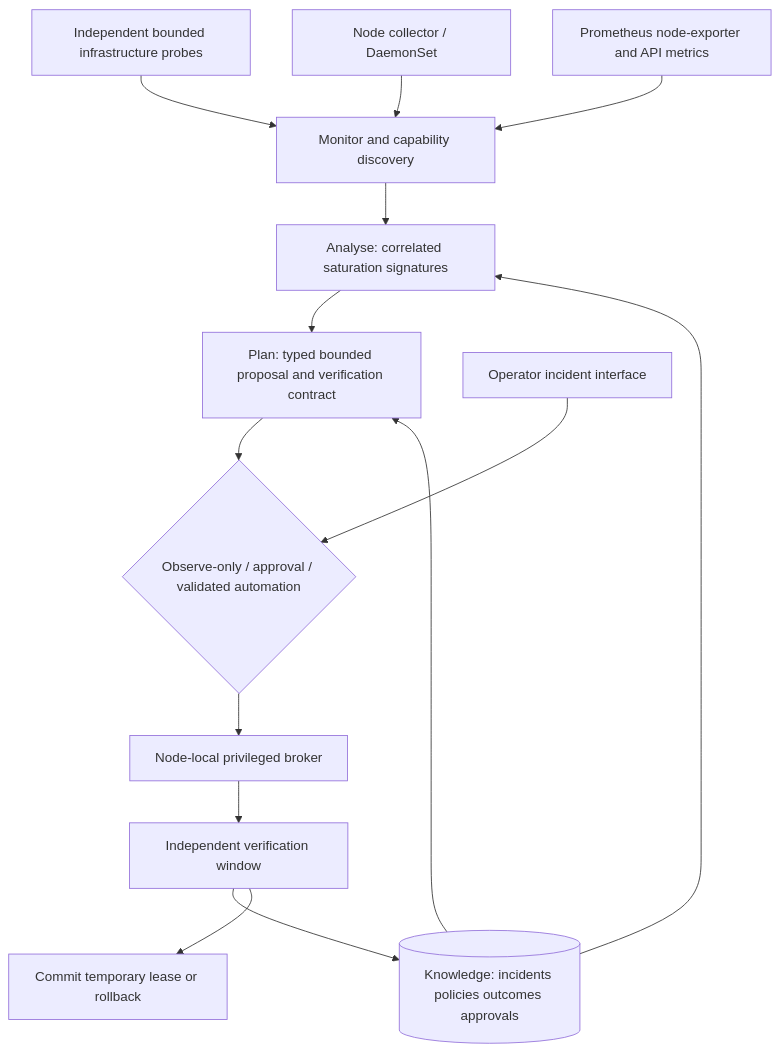
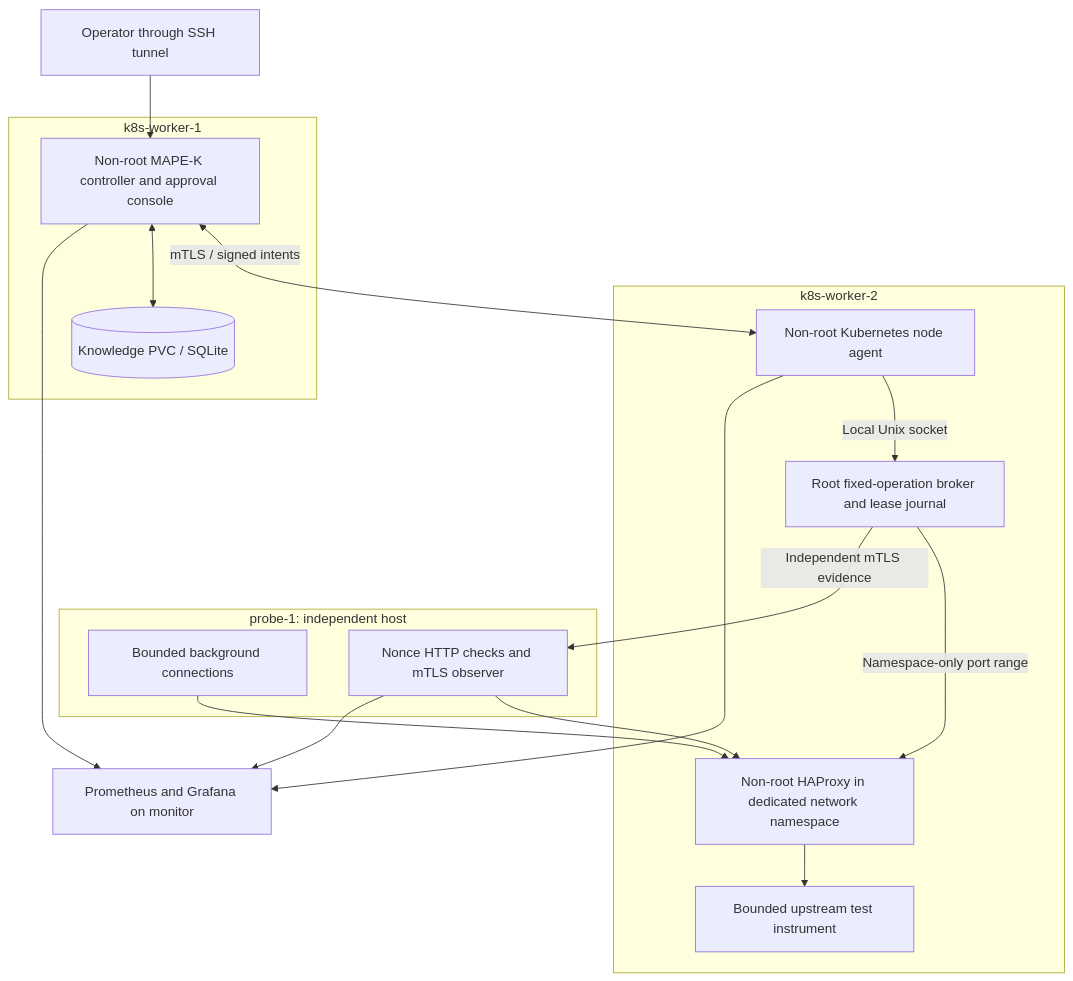
The diagram in docs/architecture.md (TusharShingrani/Self-healing-infrastructure), drawn with Mermaid before and after one commit. The commit also changed other lines of this file and 44 other files, not shown here.

Commit message:
Integrate real HAProxy gateway recovery with mTLS and scoped control modes

````diff
--- a/docs/architecture.md
+++ b/docs/architecture.md
@@ -34,16 +7,29 @@
 ```mermaid
 flowchart TB
-  X[Independent bounded infrastructure probes] --> M[Monitor and capability discovery]
-  N[Node collector / DaemonSet] --> M
-  Q[Prometheus node-exporter and API metrics] --> M
-  M --> A[Analyse: correlated saturation signatures]
-  A --> P[Plan: typed bounded proposal and verification contract]
-  K[(Knowledge: incidents policies outcomes approvals)] --> A
-  K --> P
-  P --> H{Observe-only / approval / validated automation}
-  H --> E[Node-local privileged broker]
-  E --> V[Independent verification window]
-  V --> K
-  V --> R[Commit temporary lease or rollback]
-  U[Operator incident interface] --> H
+  subgraph Probe[probe-1: independent host]
+    Load[Bounded background connections]
+    Check[Nonce HTTP checks and mTLS observer]
+  end
+  subgraph Worker[k8s-worker-2]
+    Gateway[Non-root HAProxy in dedicated network namespace]
+    Upstream[Bounded upstream test instrument]
+    Broker[Root fixed-operation broker and lease journal]
+    Agent[Non-root Kubernetes node agent]
+  end
+  subgraph Control[k8s-worker-1]
+    Controller[Non-root MAPE-K controller and approval console]
+    K[(Knowledge PVC / SQLite)]
+  end
+  Load --> Gateway
+  Check --> Gateway
+  Gateway --> Upstream
+  Broker -->|Namespace-only port range| Gateway
+  Broker -->|Independent mTLS evidence| Check
+  Agent -->|Local Unix socket| Broker
+  Controller <-->|mTLS / signed intents| Agent
+  Controller <--> K
+  Operator[Operator through SSH tunnel] --> Controller
+  Agent --> Metrics[Prometheus and Grafana on monitor]
+  Check --> Metrics
+  Controller --> Metrics
 ```
````
